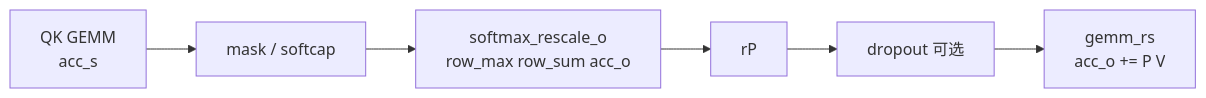
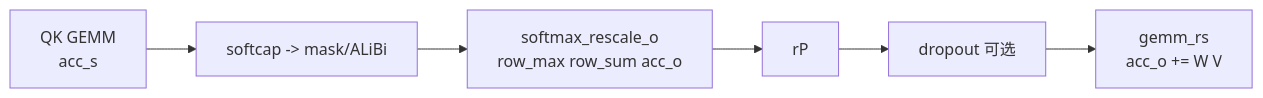
Before and after one commit to OnlyHero5/sglang-reading-vault: the first of 3 diagrams in flash-attn_reading/原理基础/Online-Softmax/FlashAttention-Online-Softmax-数据流.md, drawn with Mermaid. The commit also changed other lines of this file and 512 other files, not shown here.

````diff
--- a/flash-attn_reading/原理基础/Online-Softmax/FlashAttention-Online-Softmax-数据流.md
+++ b/flash-attn_reading/原理基础/Online-Softmax/FlashAttention-Online-Softmax-数据流.md
@@ -33,10 +33,10 @@
 ```mermaid
 flowchart LR
     QK["QK GEMM<br/>acc_s"]
-    MASK["mask / softcap"]
+    MASK["softcap -> mask/ALiBi"]
     RS["softmax_rescale_o<br/>row_max row_sum acc_o"]
     RP["rP"]
     DROP["dropout 可选"]
-    PV["gemm_rs<br/>acc_o += P V"]
+    PV["gemm_rs<br/>acc_o += W V"]
     QK --> MASK --> RS --> RP --> DROP --> PV
 ```
````
